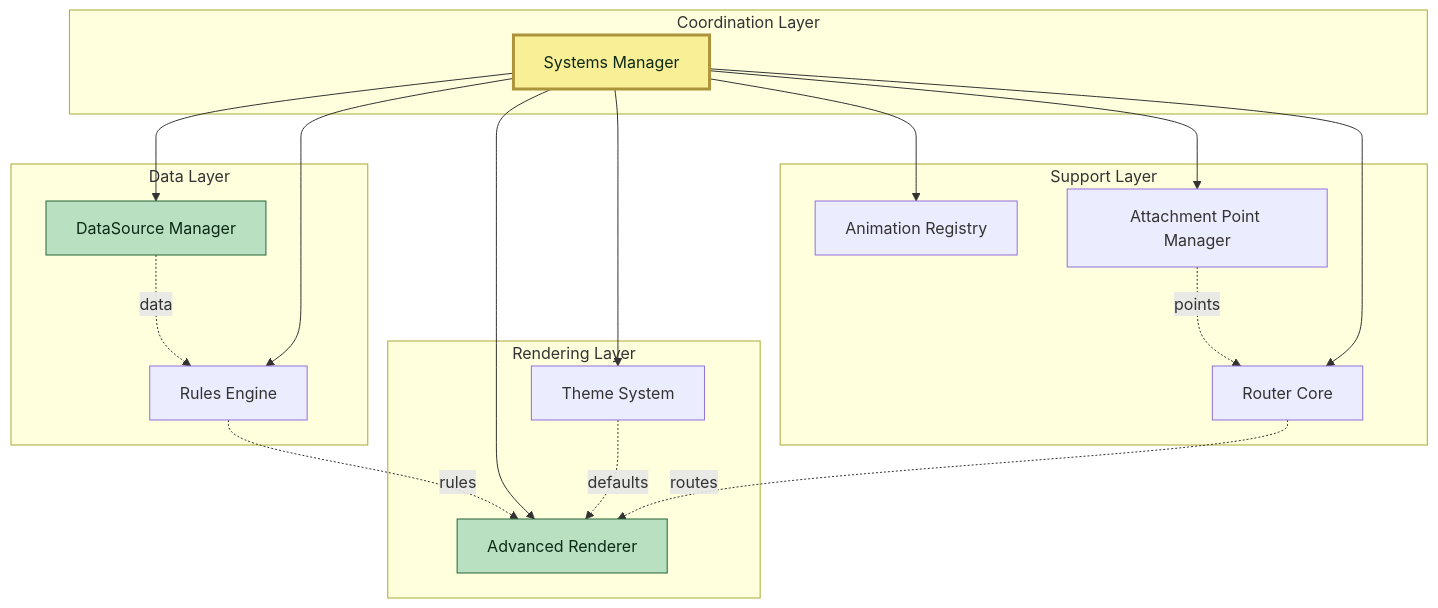
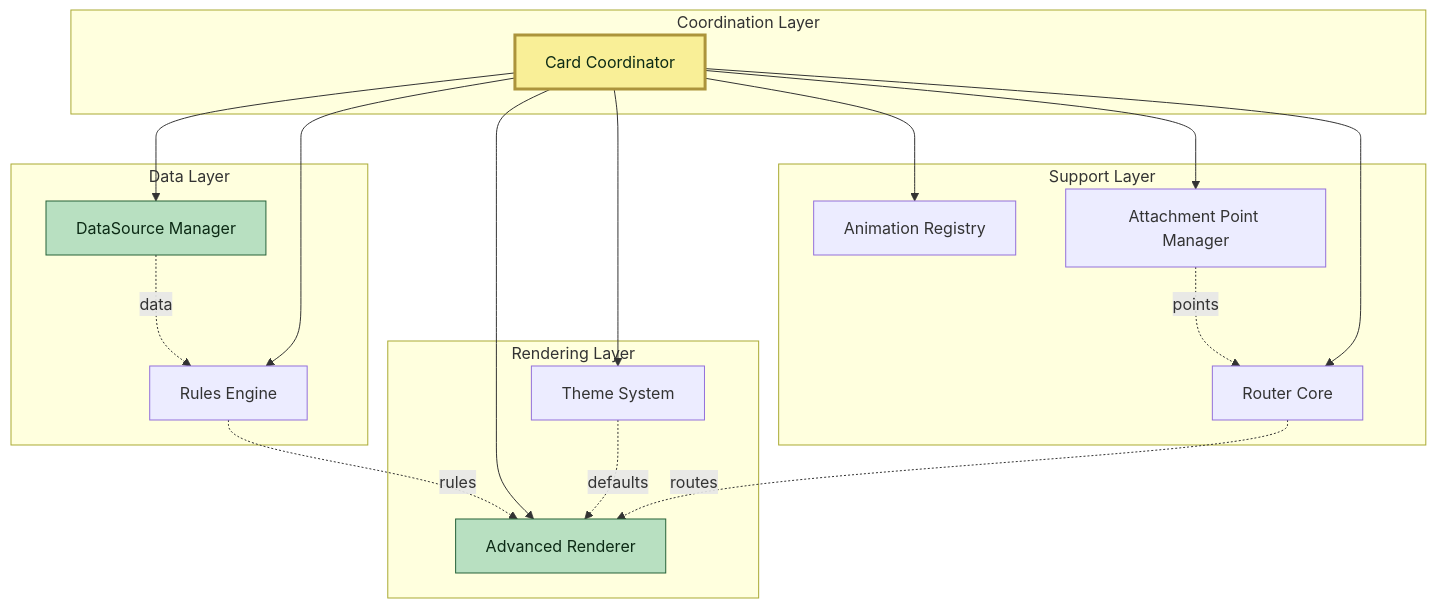
Before and after one commit to solhuebner/lcards: the diagram in doc/architecture/subsystems/README.md, drawn with Mermaid. The commit also changed other lines of this file and 22 other files, not shown here.

Commit message:
Phase 2: Rename SystemsManager to MsdCardCoordinator in code and documentation

````diff
--- a/doc/architecture/subsystems/README.md
+++ b/doc/architecture/subsystems/README.md
@@ -218,40 +218,40 @@
 ```mermaid
 graph TB
     subgraph "Coordination Layer"
-        SM[Systems Manager]
+        SM[Card Coordinator]
     end
 
     subgraph "Data Layer"
         DSM[DataSource Manager]
         RE[Rules Engine]
     end
 
     subgraph "Rendering Layer"
         AR[Advanced Renderer]
         Theme[Theme System]
     end
 
     subgraph "Support Layer"
         ANIM[Animation Registry]
         APM[Attachment Point Manager]
         RC[Router Core]
     end
 
     SM --> DSM
     SM --> RE
     SM --> AR
     SM --> Theme
     SM --> ANIM
     SM --> APM
     SM --> RC
 
     DSM -.data.-> RE
     RE -.rules.-> AR
     Theme -.defaults.-> AR
     APM -.points.-> RC
     RC -.routes.-> AR
 
     style SM fill:#f9ef97,stroke:#ac943b,stroke-width:3px,color:#0c2a15
     style DSM fill:#b8e0c1,stroke:#266239,color:#0c2a15
     style AR fill:#b8e0c1,stroke:#266239,color:#0c2a15
 ```
````
